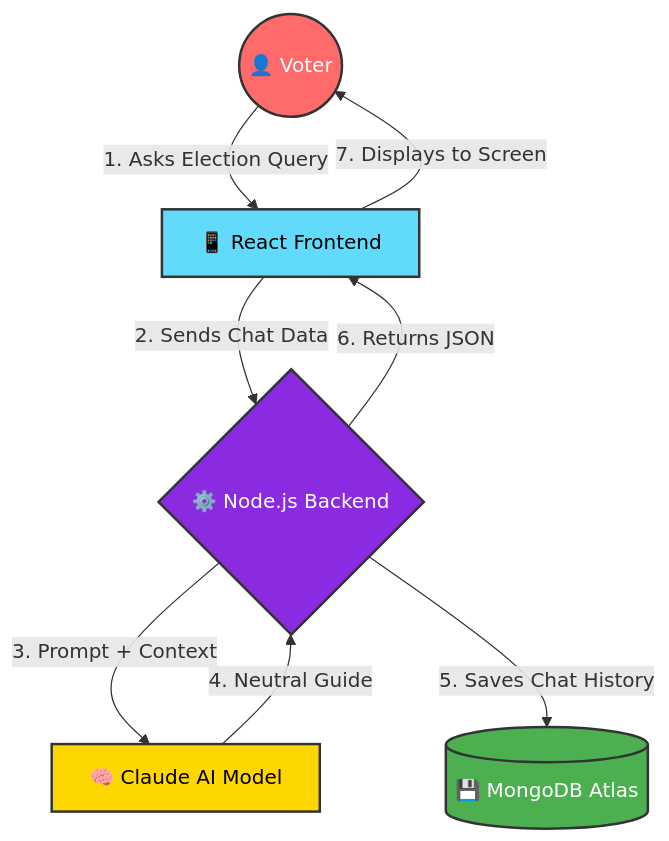
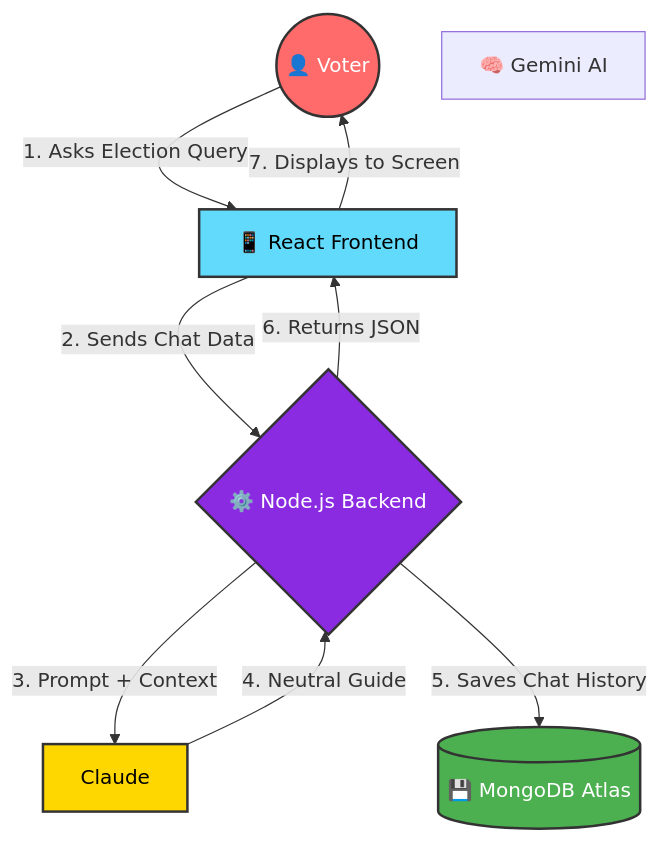
One commit to jp7107/AI.Assistant_ElectionGuide changed the diagram in README.md. Above: the diagram before and after it, drawn with Mermaid. The commit also changed other lines of this file, not shown here.

````diff
--- a/README.md
+++ b/README.md
@@ -49,31 +49,31 @@
 ```mermaid
 graph TD
     %% Flowchart Nodes
     User(("👤 Voter"))
     UI["📱 React Frontend"]
     Server{"⚙️ Node.js Backend"}
-    Claude["🧠 Claude AI Model"]
+    GEMINI["🧠 Gemini AI"]
     Mongo[("💾 MongoDB Atlas")]
 
     %% Connections
     User -- "1. Asks Election Query" --> UI
     UI -- "2. Sends Chat Data" --> Server
     Server -- "3. Prompt + Context" --> Claude
     Claude -- "4. Neutral Guide" --> Server
     Server -- "5. Saves Chat History" --> Mongo
     Server -- "6. Returns JSON" --> UI
     UI -- "7. Displays to Screen" --> User
 
     %% Node Styling (More Compatible Syntax)
     classDef user fill:#FF6B6B,stroke:#333,stroke-width:2px,color:#fff;
     classDef frontend fill:#61DAFB,stroke:#333,stroke-width:2px,color:#000;
     classDef backend fill:#8A2BE2,stroke:#333,stroke-width:2px,color:#fff;
     classDef api fill:#FFD700,stroke:#333,stroke-width:2px,color:#000;
     classDef database fill:#4CAF50,stroke:#333,stroke-width:2px,color:#fff;
 
     class User user;
     class UI frontend;
     class Server backend;
     class Claude api;
     class Mongo database;
 ```
````
